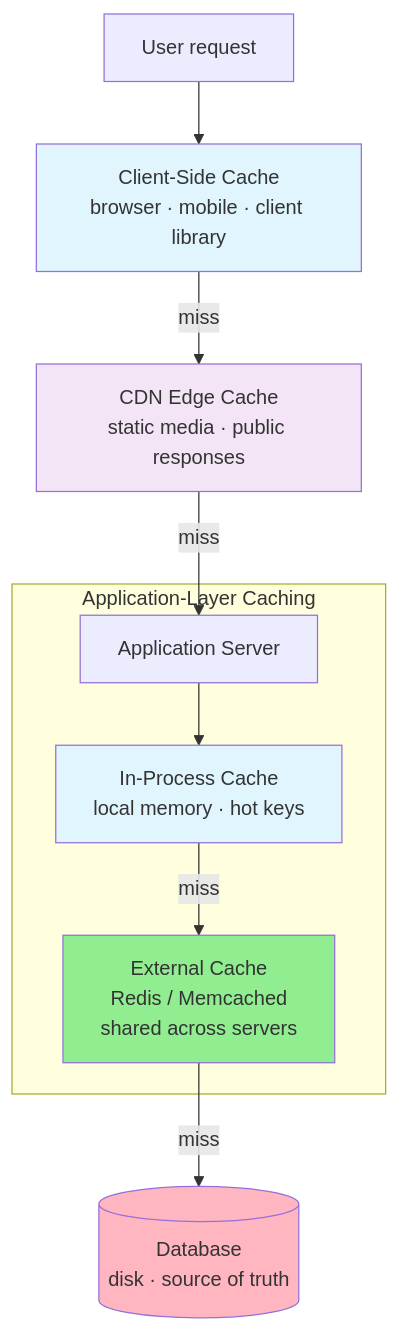
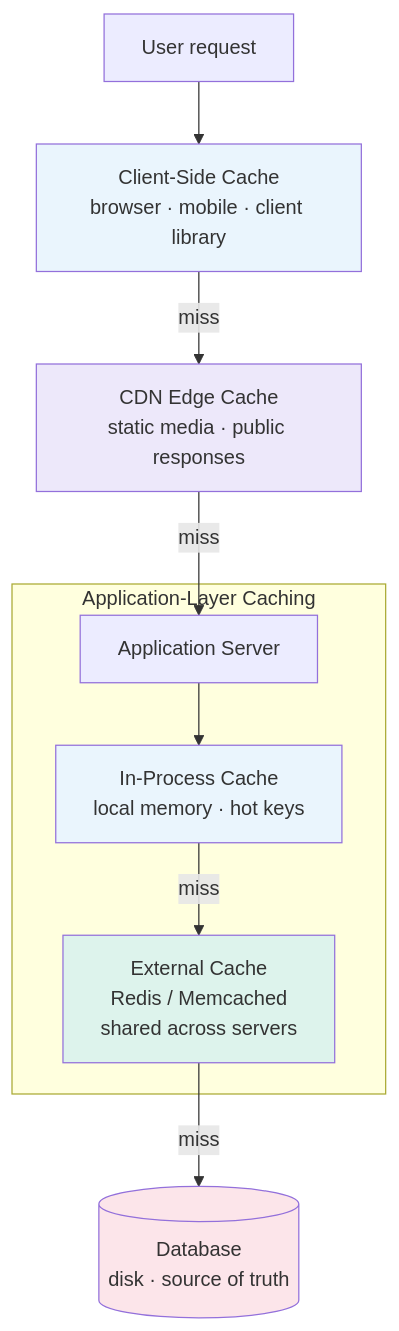
Before and after one commit to cartmancodes/InterviewVault: the first of 2 diagrams in LLD/SystemDesign/CoreConcepts/Caching.md, drawn with Mermaid. The commit also changed other lines of this file and 679 other files, not shown here.

Commit message:
Unify content diagrams and add accessible visual walkthroughs

````diff
--- a/LLD/SystemDesign/CoreConcepts/Caching.md
+++ b/LLD/SystemDesign/CoreConcepts/Caching.md
@@ -43,19 +43,19 @@
 ```mermaid
 graph TB
     U["User request"] --> CS["Client-Side Cache<br/>browser · mobile · client library"]
     CS -->|"miss"| CDN["CDN Edge Cache<br/>static media · public responses"]
     CDN -->|"miss"| APP["Application Server"]
 
     subgraph "Application-Layer Caching"
         APP --> IP["In-Process Cache<br/>local memory · hot keys"]
         IP -->|"miss"| EXT["External Cache<br/>Redis / Memcached<br/>shared across servers"]
     end
 
     EXT -->|"miss"| DB[("Database<br/>disk · source of truth")]
 
-    style CS fill:#e1f5ff
-    style CDN fill:#f3e5f5
-    style IP fill:#e1f5ff
-    style EXT fill:#90EE90
-    style DB fill:#FFB6C1
+    style CS fill:#EAF5FD
+    style CDN fill:#EDE8FA
+    style IP fill:#EAF5FD
+    style EXT fill:#DDF3EC
+    style DB fill:#FCE5EA
 ```
````
